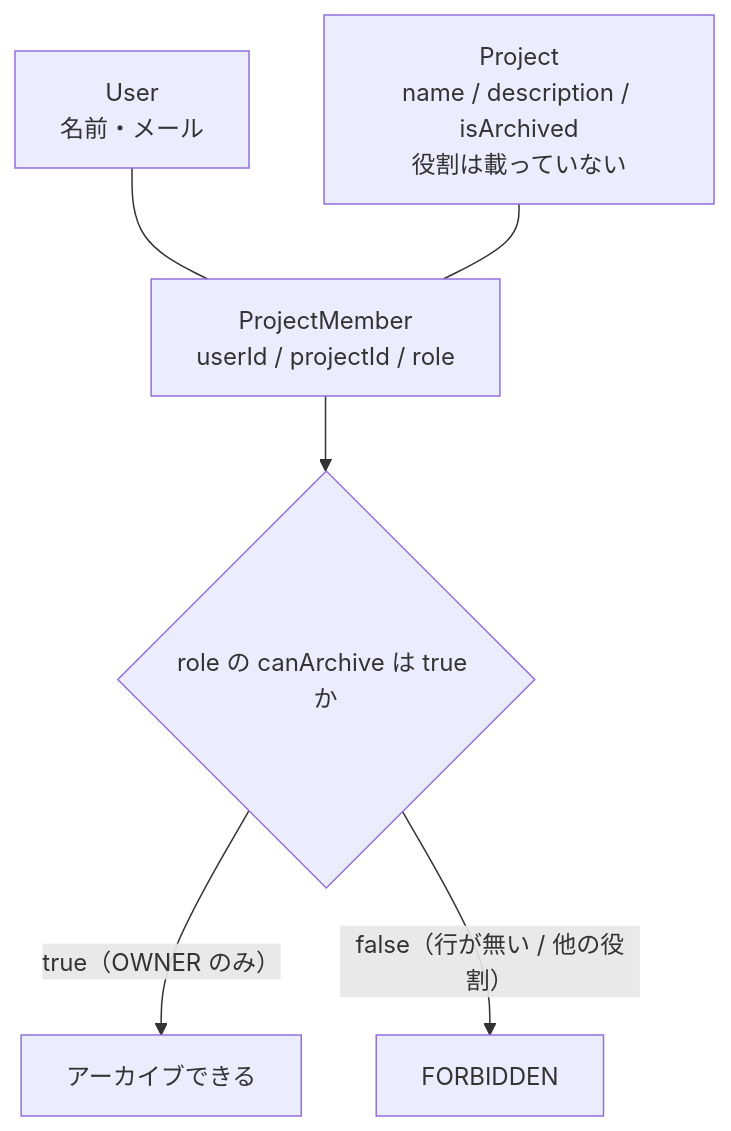
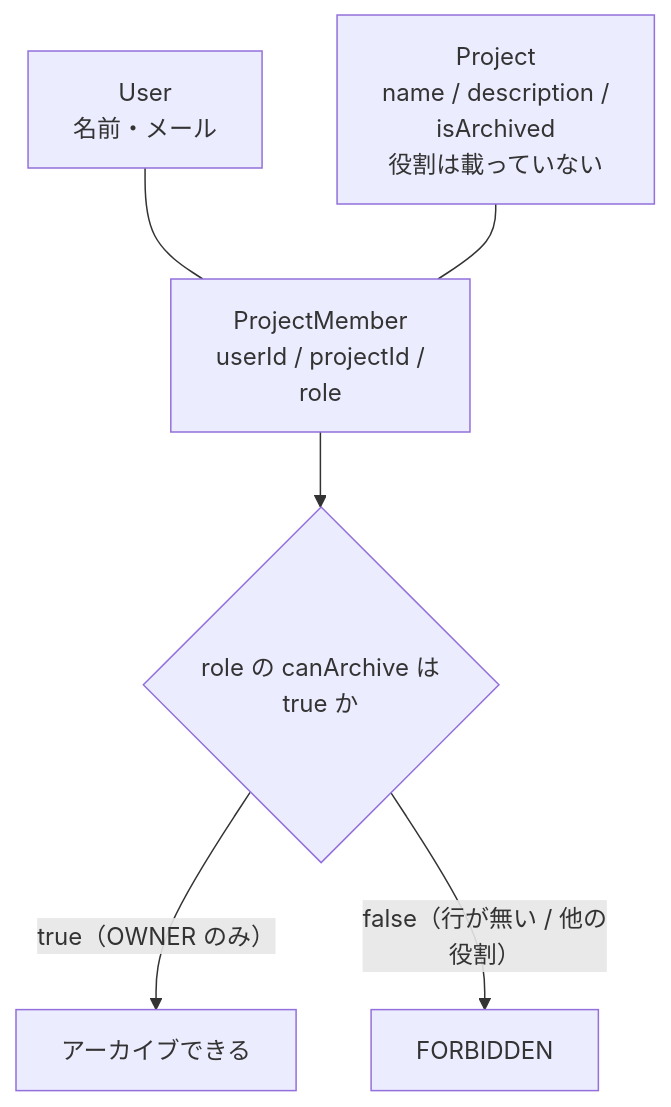
The second of 2 diagrams in material/30days-curriculum/day27_プロジェクト詳細・アーカイブを実装しよう.md (kouiso/task-app), drawn with Mermaid before and after one commit. The commit also changed other lines of this file and 24 other files, not shown here.

First line of the commit message:
fix(material): Mermaid 図のファイル名キャプションとノード途中折れを直す (#457) (#718)

````diff
--- a/material/30days-curriculum/day27_プロジェクト詳細・アーカイブを実装しよう.md
+++ b/material/30days-curriculum/day27_プロジェクト詳細・アーカイブを実装しよう.md
@@ -175,8 +175,8 @@
 ```mermaid
 flowchart TB
-    U["User<br/>名前・メール"] --- M["ProjectMember<br/>userId / projectId / role"]
-    P["Project<br/>name / description / isArchived<br/>役割は載っていない"] --- M
-    M --> Q{"role の canArchive は true か"}
+    U["User<br/>名前・メール"] --- M["ProjectMember<br/>userId / projectId /<br/>role"]
+    P["Project<br/>name / description /<br/>isArchived<br/>役割は載っていない"] --- M
+    M --> Q{"role の canArchive は<br/>true か"}
     Q -->|"true（OWNER のみ）"| OK["アーカイブできる"]
-    Q -->|"false（行が無い / 他の役割）"| NG["FORBIDDEN"]
+    Q -->|"false（行が無い / 他の<br/>役割）"| NG["FORBIDDEN"]
 ```
````
